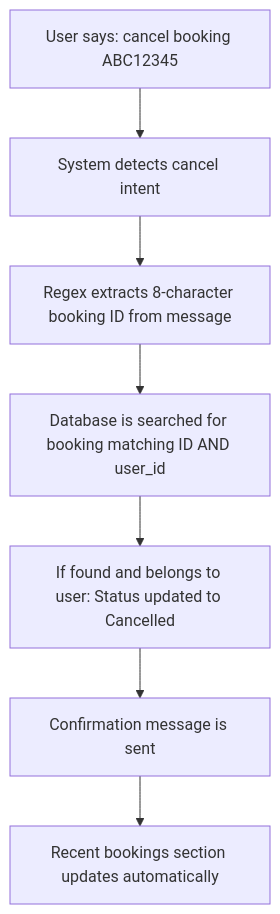
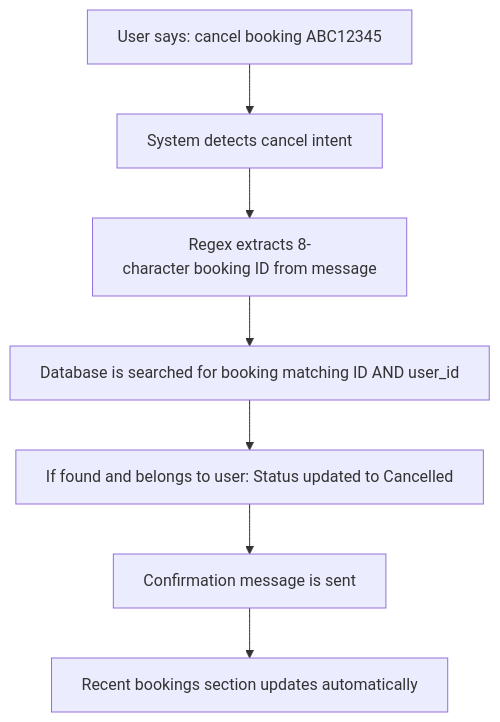
One commit to chaitanyasaiyerra/Musuem-chatbot changed the tenth of 15 diagrams in STEP_BY_STEP_GUIDE.md. Above: the diagram before and after it, drawn with Mermaid. The commit also changed other lines of this file and 1 other file, not shown here.

Commit message:
docs: replace spaces with nbsp in mermaid diagrams to force single-line rendering

````diff
--- a/STEP_BY_STEP_GUIDE.md
+++ b/STEP_BY_STEP_GUIDE.md
@@ -160,9 +160,9 @@
 ```mermaid
 graph TD
-    A["User says: cancel booking ABC12345"] --> B["System detects cancel intent"]
-    B --> C["Regex extracts 8-character booking ID from message"]
-    C --> D["Database is searched for booking matching ID AND user_id"]
-    D --> E["If found and belongs to user: Status updated to Cancelled"]
-    E --> F["Confirmation message is sent"]
-    F --> G["Recent bookings section updates automatically"]
+    A["User&nbsp;says:&nbsp;cancel&nbsp;booking&nbsp;ABC12345"] --> B["System&nbsp;detects&nbsp;cancel&nbsp;intent"]
+    B --> C["Regex&nbsp;extracts&nbsp;8-character&nbsp;booking&nbsp;ID&nbsp;from&nbsp;message"]
+    C --> D["Database&nbsp;is&nbsp;searched&nbsp;for&nbsp;booking&nbsp;matching&nbsp;ID&nbsp;AND&nbsp;user_id"]
+    D --> E["If&nbsp;found&nbsp;and&nbsp;belongs&nbsp;to&nbsp;user:&nbsp;Status&nbsp;updated&nbsp;to&nbsp;Cancelled"]
+    E --> F["Confirmation&nbsp;message&nbsp;is&nbsp;sent"]
+    F --> G["Recent&nbsp;bookings&nbsp;section&nbsp;updates&nbsp;automatically"]
 ```
````
